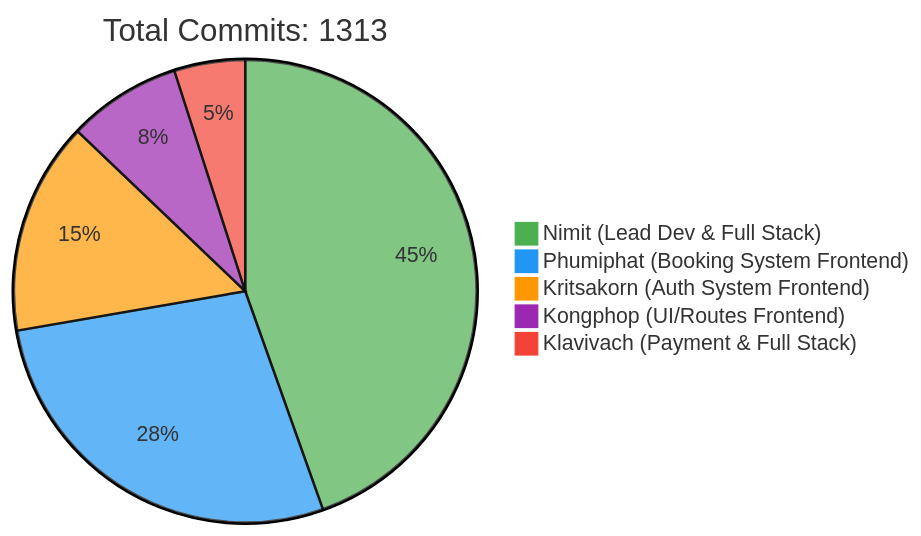
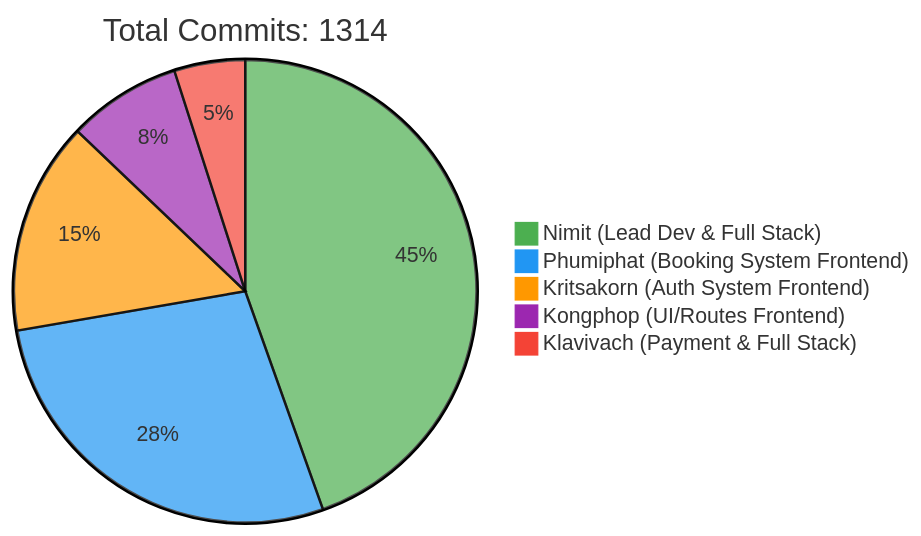
One commit to 6531503042/Sport-Complex changed the first of 2 diagrams in README.md. Above: the diagram before and after it, drawn with Mermaid. The commit also changed other lines of this file, not shown here.

Commit message:
docs: Update contributor statistics [skip ci]

````diff
--- a/README.md
+++ b/README.md
@@ -257,10 +257,10 @@
 ```mermaid
 %%{init: {'theme': 'base', 'themeVariables': { 'pie1': '#4CAF50', 'pie2': '#2196F3', 'pie3': '#FF9800', 'pie4': '#9C27B0', 'pie5': '#F44336'}}}%%
 pie
-    title Total Commits: 1313
+    title Total Commits: 1314
     "Nimit (Lead Dev & Full Stack)" : 450
     "Phumiphat (Booking System Frontend)" : 280
     "Kritsakorn (Auth System Frontend)" : 150
     "Kongphop (UI/Routes Frontend)" : 80
     "Klavivach (Payment & Full Stack)" : 50
 ```
````
